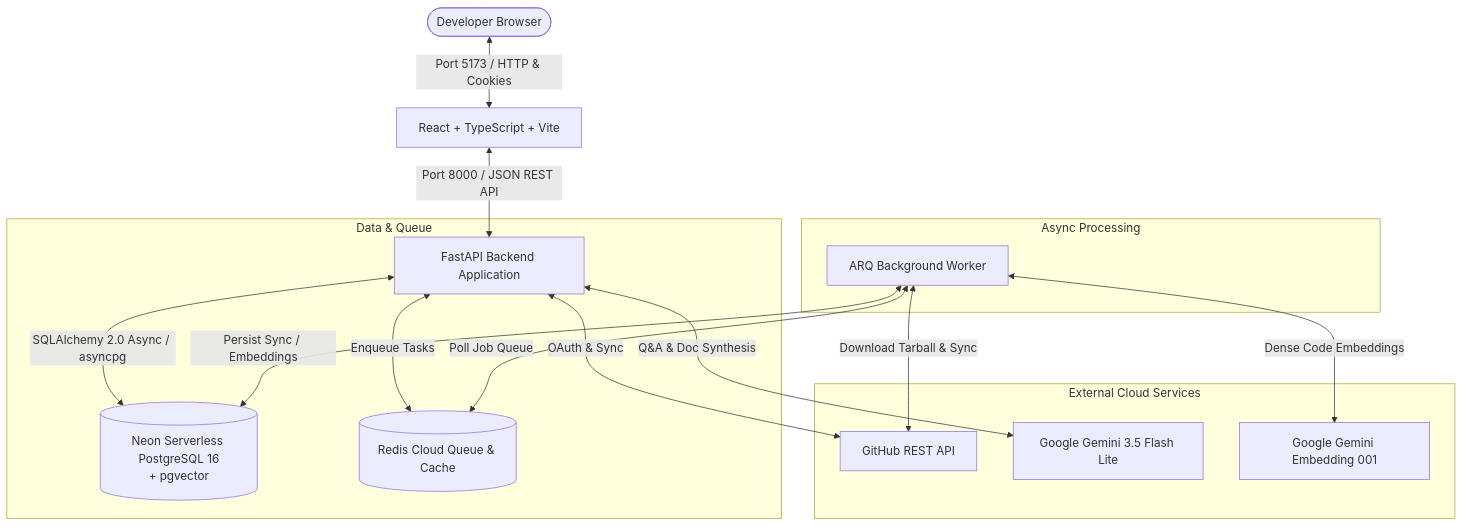
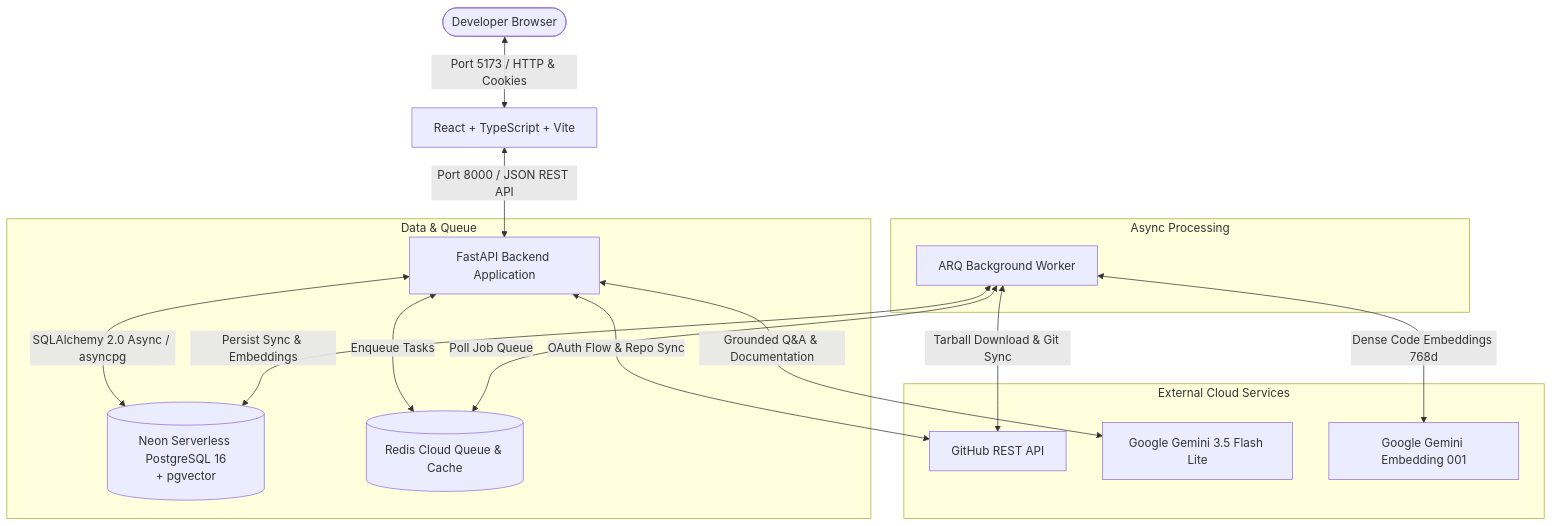
Before and after one commit to avanthikasreejith8923-a11y/repo-cartographer: the diagram in README.md, drawn with Mermaid. The commit also changed other lines of this file and 19 other files, not shown here.

````diff
--- a/README.md
+++ b/README.md
@@ -26,22 +151,22 @@
 ```mermaid
 graph TD
     Browser([Developer Browser]) <-->|Port 5173 / HTTP & Cookies| Frontend[React + TypeScript + Vite]
     Frontend <-->|Port 8000 / JSON REST API| Backend[FastAPI Backend Application]
     
     subgraph Data & Queue
         Backend <-->|SQLAlchemy 2.0 Async / asyncpg| Postgres[(Neon Serverless PostgreSQL 16<br/>+ pgvector)]
         Backend <-->|Enqueue Tasks| Redis[(Redis Cloud Queue & Cache)]
     end
 
     subgraph Async Processing
         Worker[ARQ Background Worker] <-->|Poll Job Queue| Redis
-        Worker <-->|Persist Sync / Embeddings| Postgres
+        Worker <-->|Persist Sync & Embeddings| Postgres
     end
 
     subgraph External Cloud Services
-        Backend <-->|OAuth & Sync| GitHubAPI[GitHub REST API]
-        Worker <-->|Download Tarball & Sync| GitHubAPI
-        Backend <-->|Q&A & Doc Synthesis| GeminiAPI[Google Gemini 3.5 Flash Lite]
-        Worker <-->|Dense Code Embeddings| GeminiEmbed[Google Gemini Embedding 001]
+        Backend <-->|OAuth Flow & Repo Sync| GitHubAPI[GitHub REST API]
+        Worker <-->|Tarball Download & Git Sync| GitHubAPI
+        Backend <-->|Grounded Q&A & Documentation| GeminiAPI[Google Gemini 3.5 Flash Lite]
+        Worker <-->|Dense Code Embeddings 768d| GeminiEmbed[Google Gemini Embedding 001]
     end
 ```
````
